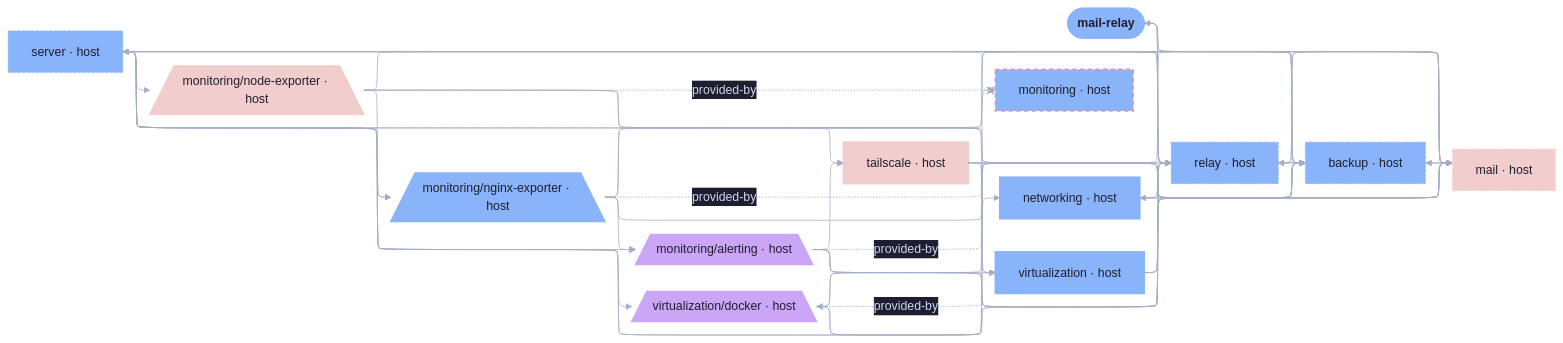
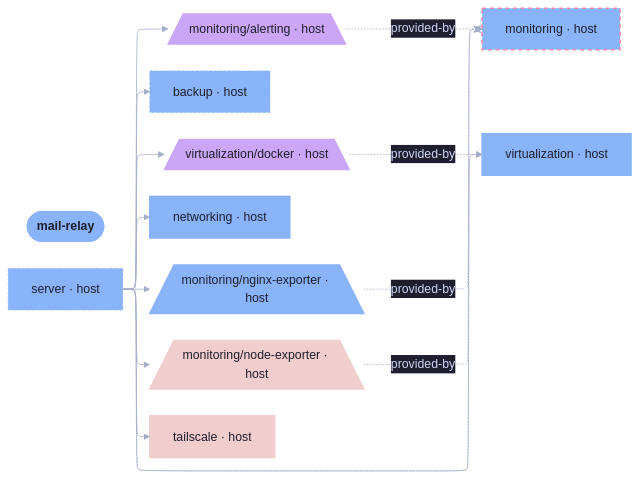
Before and after one commit to sini/den: the diagram in templates/diag-fx-demo/diagrams/mail-relay-decisions.md, drawn with Mermaid. The commit also changed 849 other files, not shown here.

Commit message:
chore: update fx diagrams

```diff
--- a/templates/diag-fx-demo/diagrams/mail-relay-decisions.md
+++ b/templates/diag-fx-demo/diagrams/mail-relay-decisions.md
@@ -9,57 +9,16 @@
   monitoring__alerting[/"monitoring/alerting · host"\]:::monitoring__alerting_c
   backup["backup · host"]:::backup_c
   virtualization__docker[/"virtualization/docker · host"\]:::virtualization__docker_c
-  mail["mail · host"]:::mail_c
   monitoring["monitoring · host"]:::monitoring_c
   networking["networking · host"]:::networking_c
   monitoring__nginx_exporter[/"monitoring/nginx-exporter · host"\]:::monitoring__nginx_exporter_c
   monitoring__node_exporter[/"monitoring/node-exporter · host"\]:::monitoring__node_exporter_c
-  relay["relay · host"]:::relay_c
   server["server · host"]:::server_c
   tailscale["tailscale · host"]:::tailscale_c
   virtualization["virtualization · host"]:::virtualization_c
 
-  backup --> mail
-  backup --> relay
-  backup --> server
-  mail --> backup
-  mail_relay --> backup
-  monitoring__alerting --> backup
-  monitoring__nginx_exporter --> backup
-  monitoring__node_exporter --> backup
-  networking --> backup
-  relay --> backup
+  server --> monitoring__alerting
   server --> backup
-  tailscale --> backup
-  virtualization --> backup
-  virtualization__docker --> backup
-  mail_relay --> mail
-  monitoring__alerting --> mail
-  monitoring__nginx_exporter --> mail
-  monitoring__node_exporter --> mail
-  networking --> mail
-  relay --> mail
-  server --> mail
-  tailscale --> mail
-  virtualization --> mail
-  virtualization__docker --> mail
-  mail --> relay
-  mail_relay --> relay
-  monitoring__alerting --> relay
-  monitoring__nginx_exporter --> relay
-  monitoring__node_exporter --> relay
-  networking --> relay
-  server --> relay
-  tailscale --> relay
-  virtualization --> relay
-  virtualization__docker --> relay
-  monitoring__alerting --> tailscale
-  monitoring__nginx_exporter --> monitoring__alerting
-  monitoring__node_exporter --> monitoring__nginx_exporter
-  relay --> mail_relay
-  relay --> networking
-  relay --> server
-  server --> monitoring__alerting
   server --> virtualization__docker
   server -.-x monitoring
   server --> networking
@@ -67,8 +26,6 @@
   server --> monitoring__node_exporter
   server --> tailscale
   server --> virtualization
-  tailscale --> virtualization
-  virtualization --> virtualization__docker
   monitoring__node_exporter -.->|provided-by| monitoring
   monitoring__nginx_exporter -.->|provided-by| monitoring
   monitoring__alerting -.->|provided-by| monitoring
@@ -78,13 +35,11 @@
   classDef monitoring__alerting_c fill:#cba6f7,stroke:#cba6f7,color:#1e1e2e,stroke-width:2px
   classDef backup_c fill:#89b4fa,stroke:#89b4fa,color:#1e1e2e,stroke-dasharray: 3 3,stroke-width:1px
   classDef virtualization__docker_c fill:#cba6f7,stroke:#cba6f7,color:#1e1e2e,stroke-width:2px
-  classDef mail_c fill:#f2cdcd,stroke:#f2cdcd,color:#1e1e2e,stroke-dasharray: 3 3,stroke-width:1px
-  classDef mail_relay_c fill:#cba6f7,stroke:#cba6f7,color:#1e1e2e,stroke-width:3px
+  classDef mail_relay_c fill:#cba6f7,stroke:#cba6f7,color:#1e1e2e,stroke-width:2px
   classDef monitoring_c fill:#89b4fa,stroke:#f38ba8,color:#1e1e2e,stroke-dasharray: 5 5,stroke-width:2px
   classDef networking_c fill:#89b4fa,stroke:#89b4fa,color:#1e1e2e,stroke-width:2px
   classDef monitoring__nginx_exporter_c fill:#89b4fa,stroke:#89b4fa,color:#1e1e2e,stroke-width:2px
   classDef monitoring__node_exporter_c fill:#f2cdcd,stroke:#f2cdcd,color:#1e1e2e,stroke-width:2px
-  classDef relay_c fill:#89b4fa,stroke:#89b4fa,color:#1e1e2e,stroke-dasharray: 3 3,stroke-width:1px
   classDef server_c fill:#89b4fa,stroke:#89b4fa,color:#1e1e2e,stroke-dasharray: 3 3,stroke-width:1px
   classDef tailscale_c fill:#f2cdcd,stroke:#f2cdcd,color:#1e1e2e,stroke-width:2px
   classDef virtualization_c fill:#89b4fa,stroke:#89b4fa,color:#1e1e2e,stroke-width:2px
```
